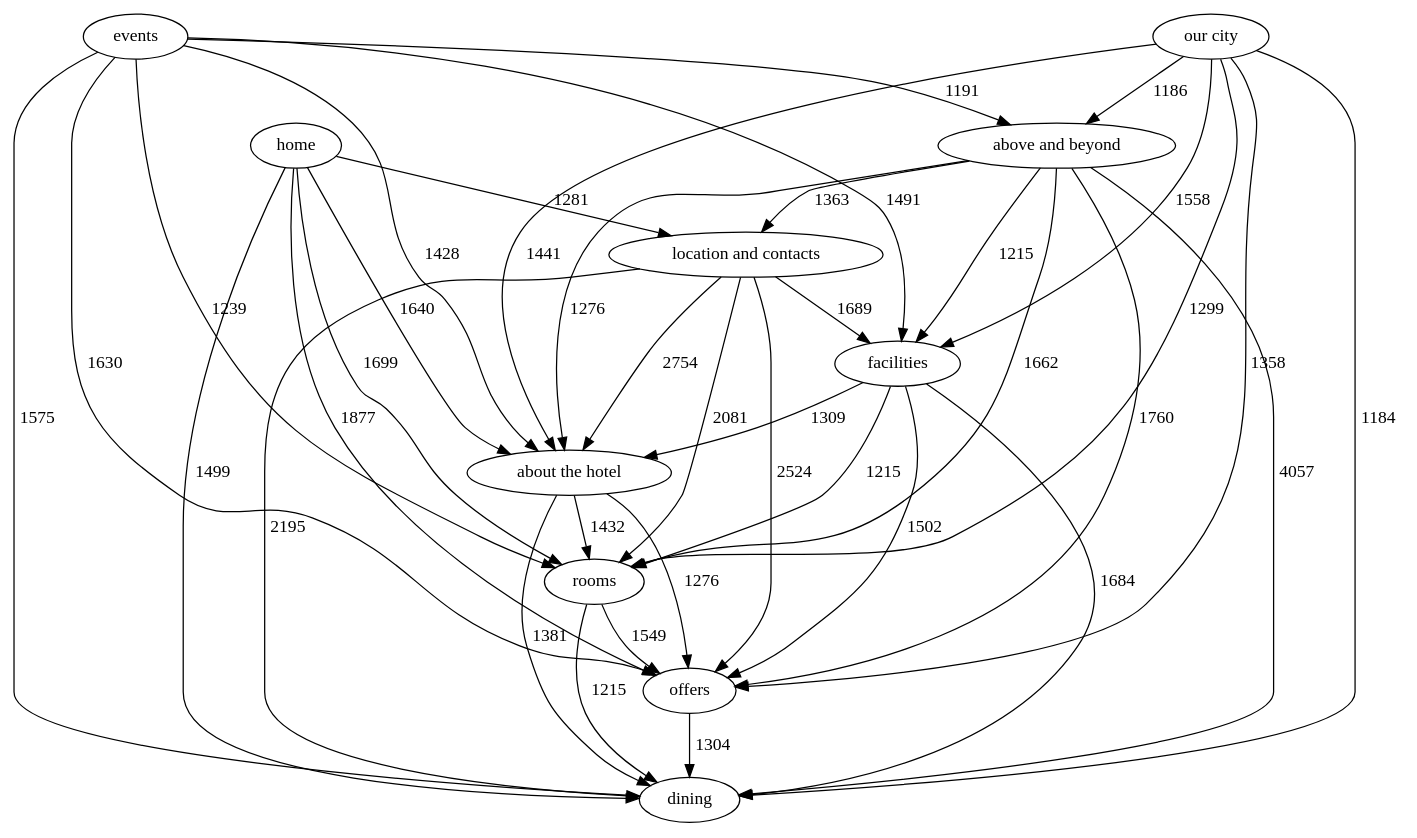
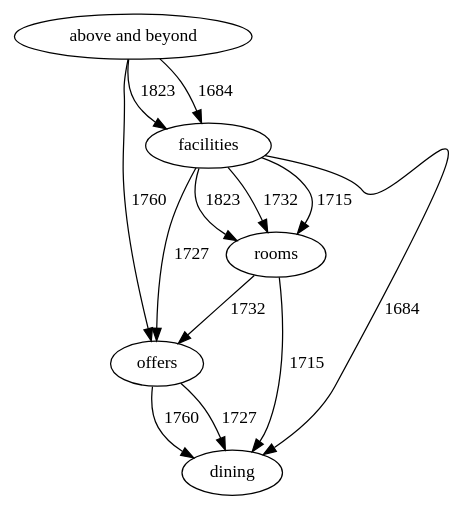
Before and after one commit to alexcu/sit742-a2-report: the diagram in dot/external_requests.dot, drawn with Graphviz. The commit also changed 17 other files, not shown here.

Commit message:
Update dot diagrams to percentile and support-curated

```diff
--- a/dot/external_requests.dot
+++ b/dot/external_requests.dot
@@ -1,51 +1,20 @@
-strict digraph "" {
+digraph "" {
 layout="dot";
 dining;
-"about the hotel";
-facilities;
+"above and beyond";
 offers;
 rooms;
-home;
-"above and beyond";
-"location and contacts";
-events;
-"our city";
-"about the hotel" -> dining  [label=1381, weight=1381];
-"about the hotel" -> offers  [label=1276, weight=1276];
-"about the hotel" -> rooms  [label=1432, weight=1432];
-facilities -> dining  [label=1684, weight=1684];
-facilities -> offers  [label=1502, weight=1502];
-facilities -> rooms  [label=1215, weight=1215];
-facilities -> "about the hotel"  [label=1309, weight=1309];
-offers -> dining  [label=1304, weight=1304];
-rooms -> dining  [label=1215, weight=1215];
-rooms -> offers  [label=1549, weight=1549];
-home -> dining  [label=1499, weight=1499];
-home -> offers  [label=1877, weight=1877];
-home -> "location and contacts"  [label=1281, weight=1281];
-home -> rooms  [label=1699, weight=1699];
-home -> "about the hotel"  [label=1640, weight=1640];
-"above and beyond" -> facilities  [label=1215, weight=1215];
-"above and beyond" -> "about the hotel"  [label=1276, weight=1276];
-"above and beyond" -> dining  [label=4057, weight=4057];
-"above and beyond" -> offers  [label=1760, weight=1760];
-"above and beyond" -> rooms  [label=1662, weight=1662];
-"above and beyond" -> "location and contacts"  [label=1363, weight=1363];
-"location and contacts" -> dining  [label=2195, weight=2195];
-"location and contacts" -> offers  [label=2524, weight=2524];
-"location and contacts" -> facilities  [label=1689, weight=1689];
-"location and contacts" -> rooms  [label=2081, weight=2081];
-"location and contacts" -> "about the hotel"  [label=2754, weight=2754];
-events -> facilities  [label=1491, weight=1491];
-events -> "about the hotel"  [label=1428, weight=1428];
-events -> dining  [label=1575, weight=1575];
-events -> offers  [label=1630, weight=1630];
-events -> rooms  [label=1239, weight=1239];
-events -> "above and beyond"  [label=1191, weight=1191];
-"our city" -> dining  [label=1184, weight=1184];
-"our city" -> "about the hotel"  [label=1441, weight=1441];
-"our city" -> facilities  [label=1558, weight=1558];
-"our city" -> offers  [label=1358, weight=1358];
-"our city" -> rooms  [label=1299, weight=1299];
-"our city" -> "above and beyond"  [label=1186, weight=1186];
+facilities;
+"above and beyond" -> facilities  [key=0, label=1823, weight=1823];
+"above and beyond" -> facilities  [key=1, label=1684, weight=1684];
+"above and beyond" -> offers  [key=0, label=1760, weight=1760];
+offers -> dining  [key=0, label=1760, weight=1760];
+offers -> dining  [key=1, label=1727, weight=1727];
+rooms -> dining  [key=0, label=1715, weight=1715];
+rooms -> offers  [key=0, label=1732, weight=1732];
+facilities -> dining  [key=0, label=1684, weight=1684];
+facilities -> offers  [key=0, label=1727, weight=1727];
+facilities -> rooms  [key=0, label=1823, weight=1823];
+facilities -> rooms  [key=1, label=1732, weight=1732];
+facilities -> rooms  [key=2, label=1715, weight=1715];
 }
```
